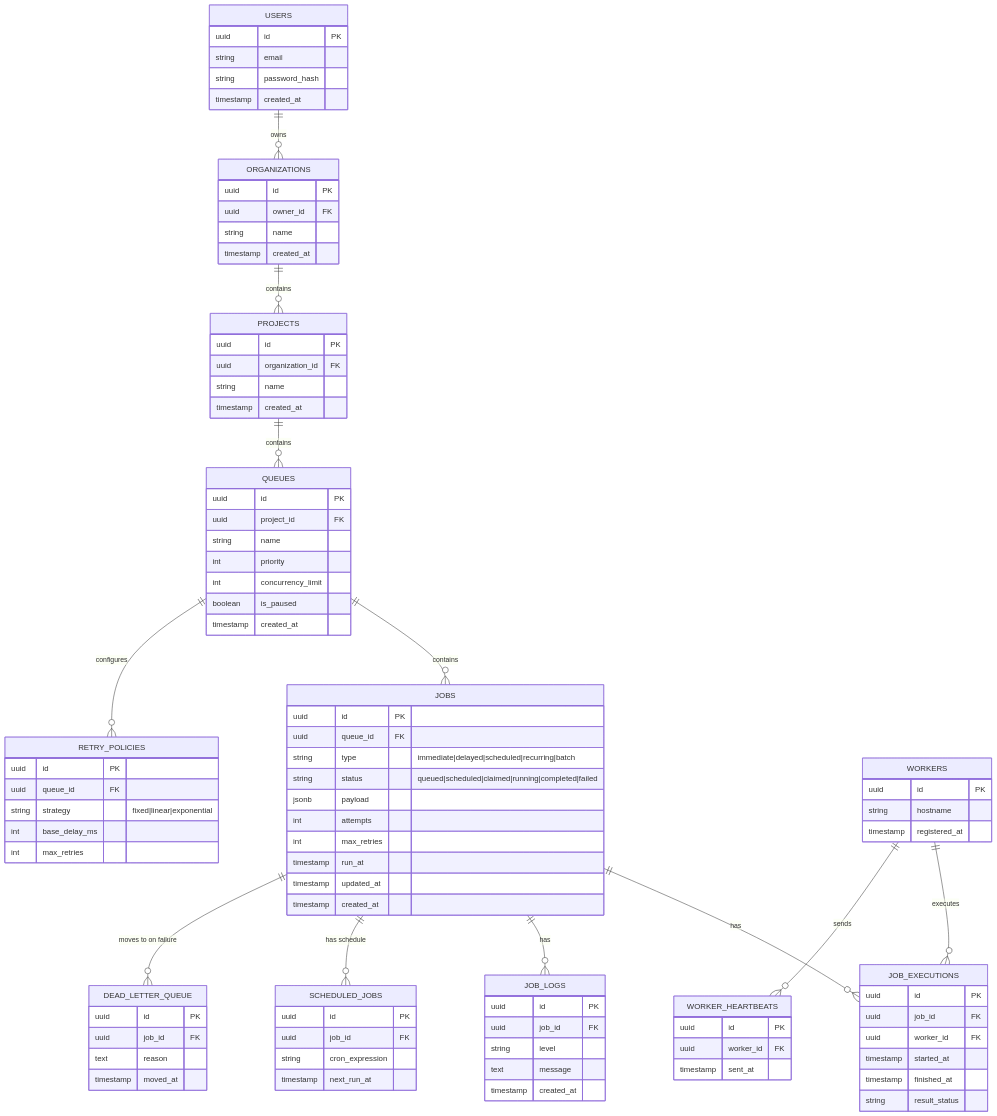
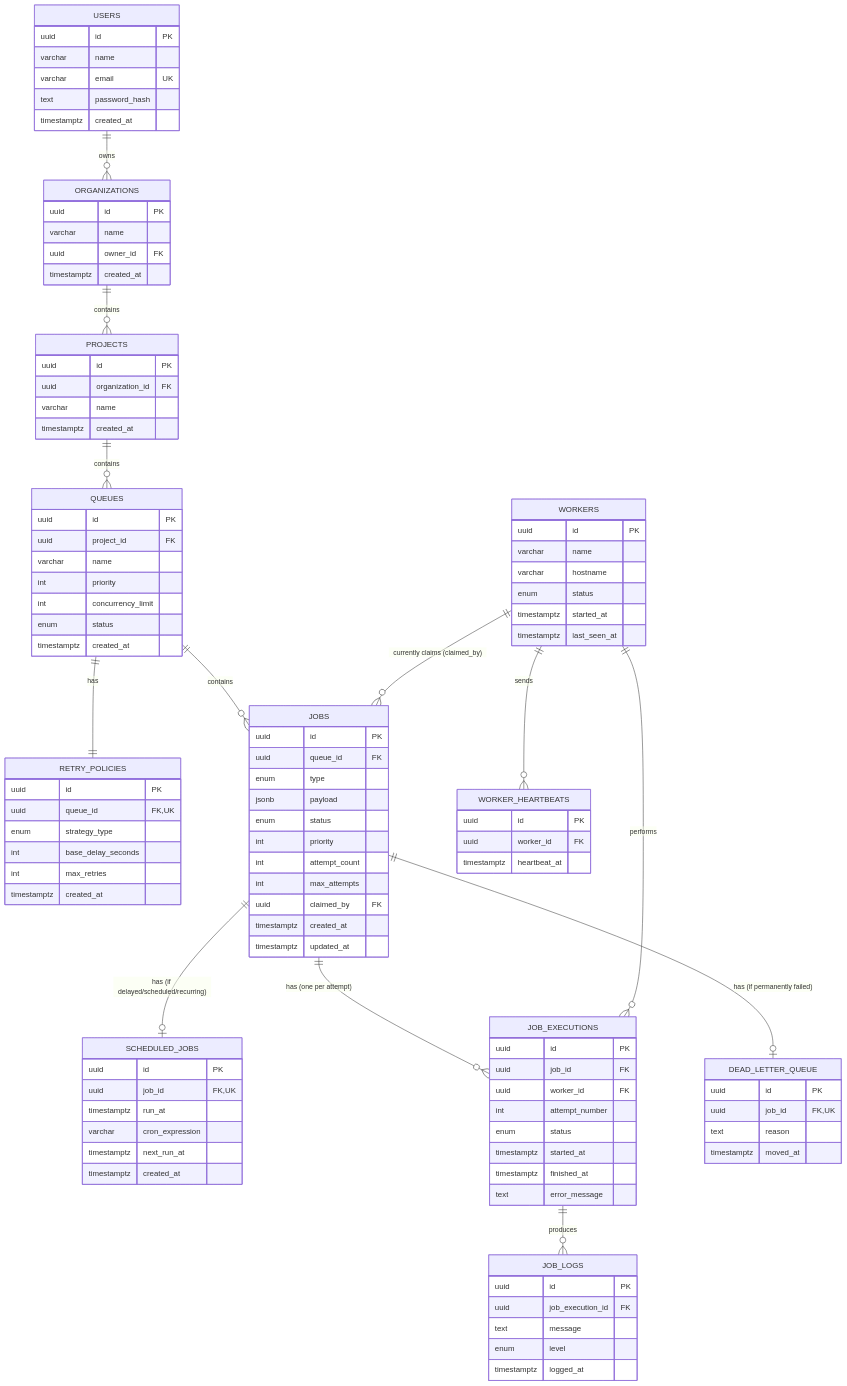
Before and after one commit to Adityabt/distributed-job-scheduler: the diagram in docs/ER_DIAGRAM.md, drawn with Mermaid. The commit also changed other lines of this file and 5 other files, not shown here.

````diff
--- a/docs/ER_DIAGRAM.md
+++ b/docs/ER_DIAGRAM.md
@@ -5,107 +7,118 @@
     USERS ||--o{ ORGANIZATIONS : owns
     ORGANIZATIONS ||--o{ PROJECTS : contains
     PROJECTS ||--o{ QUEUES : contains
+    QUEUES ||--|| RETRY_POLICIES : has
     QUEUES ||--o{ JOBS : contains
-    QUEUES ||--o{ RETRY_POLICIES : configures
-    JOBS ||--o{ JOB_EXECUTIONS : has
-    JOBS ||--o{ JOB_LOGS : has
-    JOBS ||--o{ SCHEDULED_JOBS : "has schedule"
-    JOBS ||--o{ DEAD_LETTER_QUEUE : "moves to on failure"
-    WORKERS ||--o{ JOB_EXECUTIONS : executes
+    JOBS ||--o| SCHEDULED_JOBS : "has (if delayed/scheduled/recurring)"
+    JOBS ||--o{ JOB_EXECUTIONS : "has (one per attempt)"
+    JOBS ||--o| DEAD_LETTER_QUEUE : "has (if permanently failed)"
+    WORKERS ||--o{ JOB_EXECUTIONS : performs
     WORKERS ||--o{ WORKER_HEARTBEATS : sends
+    WORKERS ||--o{ JOBS : "currently claims (claimed_by)"
+    JOB_EXECUTIONS ||--o{ JOB_LOGS : produces
 
     USERS {
         uuid id PK
-        string email
-        string password_hash
-        timestamp created_at
+        varchar name
+        varchar email UK
+        text password_hash
+        timestamptz created_at
     }
 
     ORGANIZATIONS {
         uuid id PK
+        varchar name
         uuid owner_id FK
-        string name
-        timestamp created_at
+        timestamptz created_at
     }
 
     PROJECTS {
         uuid id PK
         uuid organization_id FK
-        string name
-        timestamp created_at
+        varchar name
+        timestamptz created_at
     }
 
     QUEUES {
         uuid id PK
         uuid project_id FK
-        string name
+        varchar name
         int priority
         int concurrency_limit
-        boolean is_paused
-        timestamp created_at
+        enum status
+        timestamptz created_at
     }
 
     RETRY_POLICIES {
         uuid id PK
-        uuid queue_id FK
-        string strategy "fixed|linear|exponential"
-        int base_delay_ms
+        uuid queue_id FK, UK
+        enum strategy_type
+        int base_delay_seconds
         int max_retries
+        timestamptz created_at
     }
 
     JOBS {
         uuid id PK
         uuid queue_id FK
-        string type "immediate|delayed|scheduled|recurring|batch"
-        string status "queued|scheduled|claimed|running|completed|failed"
+        enum type
         jsonb payload
-        int attempts
-        int max_retries
-        timestamp run_at
-        timestamp updated_at
-        timestamp created_at
+        enum status
+        int priority
+        int attempt_count
+        int max_attempts
+        uuid claimed_by FK
+        timestamptz created_at
+        timestamptz updated_at
+    }
+
+    SCHEDULED_JOBS {
+        uuid id PK
+        uuid job_id FK, UK
+        timestamptz run_at
+        varchar cron_expression
+        timestamptz next_run_at
+        timestamptz created_at
+    }
+
+    WORKERS {
+        uuid id PK
+        varchar name
+        varchar hostname
+        enum status
+        timestamptz started_at
+        timestamptz last_seen_at
     }
 
     JOB_EXECUTIONS {
         uuid id PK
         uuid job_id FK
         uuid worker_id FK
-        timestamp started_at
-        timestamp finished_at
-        string result_status
-    }
-
-    SCHEDULED_JOBS {
-        uuid id PK
-        uuid job_id FK
-        string cron_expression
-        timestamp next_run_at
-    }
-
-    WORKERS {
-        uuid id PK
-        string hostname
-        timestamp registered_at
+        int attempt_number
+        enum status
+        timestamptz started_at
+        timestamptz finished_at
+        text error_message
     }
 
     WORKER_HEARTBEATS {
         uuid id PK
         uuid worker_id FK
-        timestamp sent_at
+        timestamptz heartbeat_at
     }
 
     JOB_LOGS {
         uuid id PK
-        uuid job_id FK
-        string level
+        uuid job_execution_id FK
         text message
-        timestamp created_at
+        enum level
+        timestamptz logged_at
     }
 
     DEAD_LETTER_QUEUE {
         uuid id PK
-        uuid job_id FK
+        uuid job_id FK, UK
         text reason
-        timestamp moved_at
+        timestamptz moved_at
     }
 ```
````
